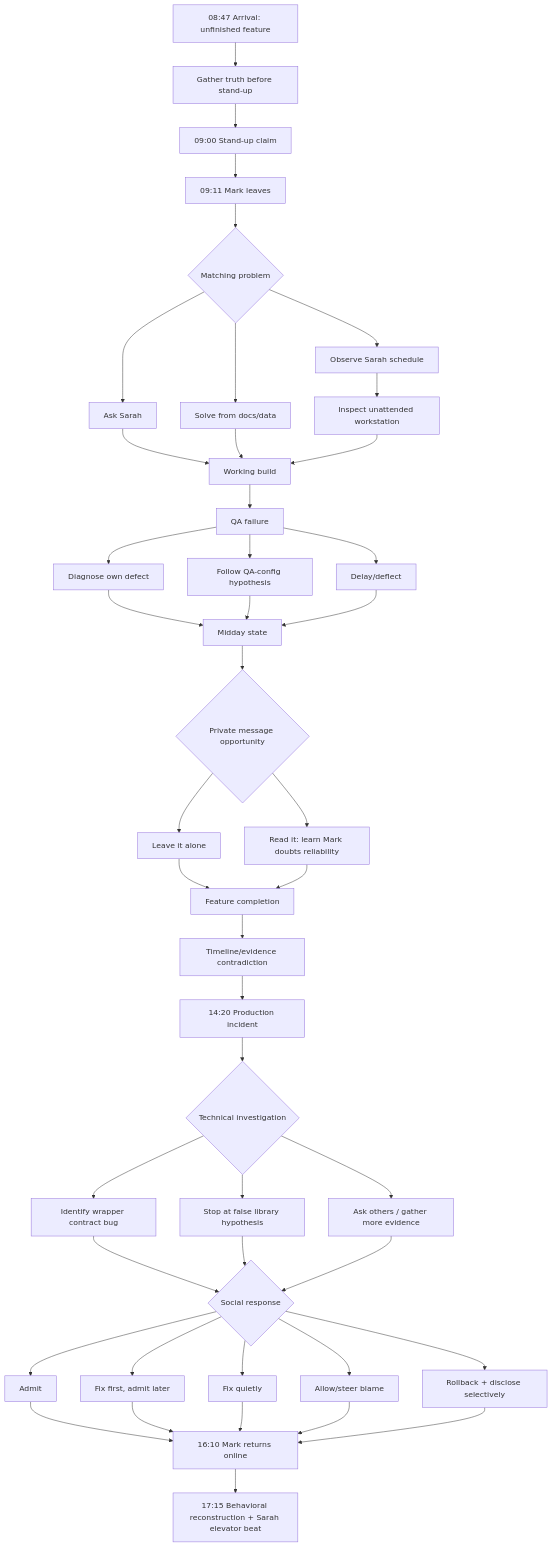
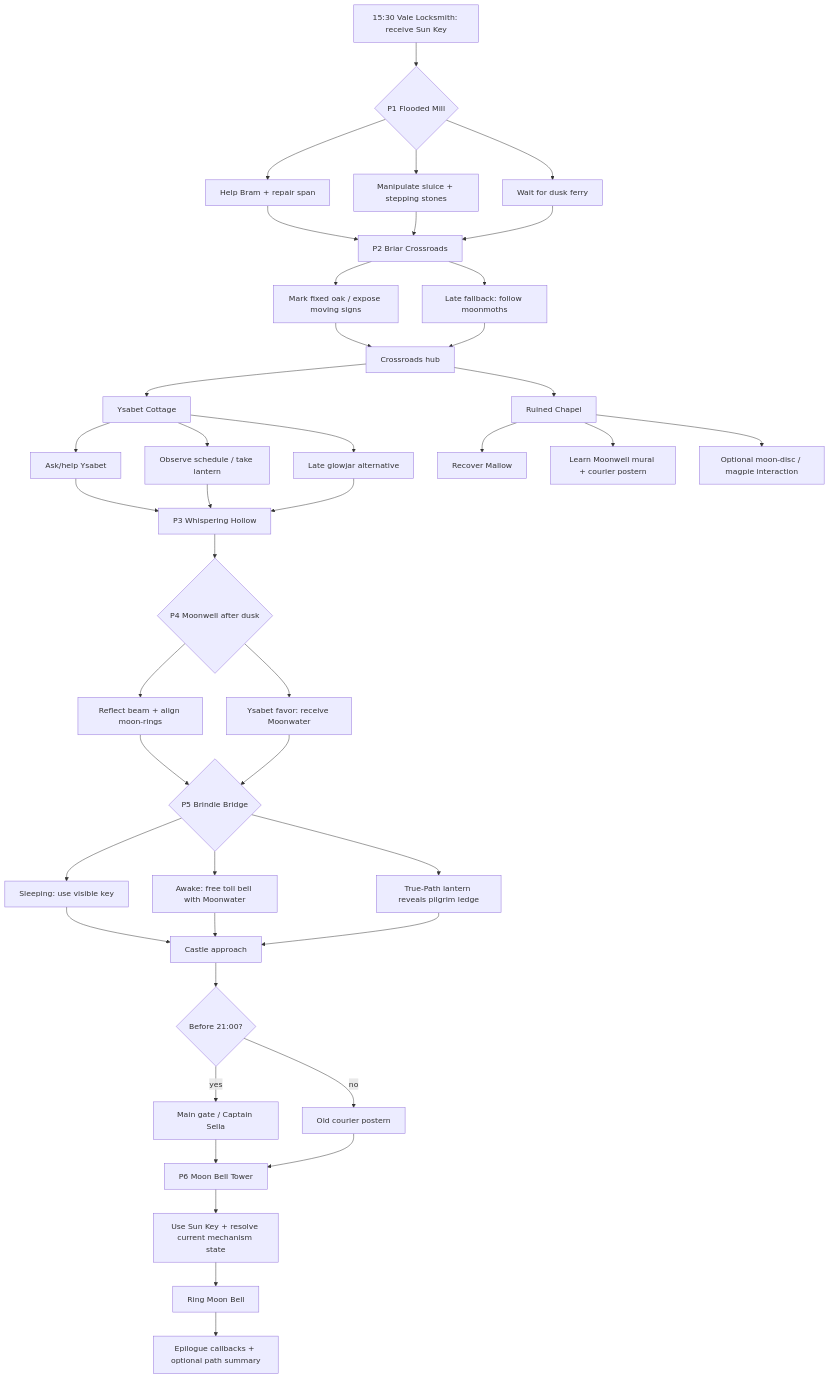
Before and after one commit to paksue/sand_box: the diagram in the-shortcut/docs/PUZZLE_GRAPH.md, drawn with Mermaid. The commit also changed other lines of this file, not shown here.

Commit message:
Replace office puzzle graph with fantasy world graph

````diff
--- a/the-shortcut/docs/PUZZLE_GRAPH.md
+++ b/the-shortcut/docs/PUZZLE_GRAPH.md
@@ -3,46 +3,55 @@
 ```mermaid
 flowchart TD
-    A[08:47 Arrival: unfinished feature] --> B[Gather truth before stand-up]
-    B --> C[09:00 Stand-up claim]
-    C --> D[09:11 Mark leaves]
-    D --> E{Matching problem}
-    E --> E1[Ask Sarah]
-    E --> E2[Solve from docs/data]
-    E --> E3[Observe Sarah schedule]
-    E3 --> E4[Inspect unattended workstation]
-    E1 --> F[Working build]
-    E2 --> F
-    E4 --> F
-    F --> G[QA failure]
-    G --> G1[Diagnose own defect]
-    G --> G2[Follow QA-config hypothesis]
-    G --> G3[Delay/deflect]
-    G1 --> H[Midday state]
-    G2 --> H
-    G3 --> H
-    H --> I{Private message opportunity}
-    I --> I1[Leave it alone]
-    I --> I2[Read it: learn Mark doubts reliability]
-    I1 --> J[Feature completion]
-    I2 --> J
-    J --> K[Timeline/evidence contradiction]
-    K --> L[14:20 Production incident]
-    L --> M{Technical investigation}
-    M --> M1[Identify wrapper contract bug]
-    M --> M2[Stop at false library hypothesis]
-    M --> M3[Ask others / gather more evidence]
-    M1 --> N{Social response}
-    M2 --> N
-    M3 --> N
-    N --> N1[Admit]
-    N --> N2[Fix first, admit later]
-    N --> N3[Fix quietly]
-    N --> N4[Allow/steer blame]
-    N --> N5[Rollback + disclose selectively]
-    N1 --> O[16:10 Mark returns online]
-    N2 --> O
-    N3 --> O
-    N4 --> O
-    N5 --> O
-    O --> P[17:15 Behavioral reconstruction + Sarah elevator beat]
+  A[15:30 Vale Locksmith: receive Sun Key] --> B{P1 Flooded Mill}
+  B --> B1[Help Bram + repair span]
+  B --> B2[Manipulate sluice + stepping stones]
+  B --> B3[Wait for dusk ferry]
+  B1 --> C[P2 Briar Crossroads]
+  B2 --> C
+  B3 --> C
+
+  C --> C1[Mark fixed oak / expose moving signs]
+  C --> C2[Late fallback: follow moonmoths]
+  C1 --> D[Crossroads hub]
+  C2 --> D
+
+  D --> E[Ysabet Cottage]
+  D --> F[Ruined Chapel]
+
+  E --> E1[Ask/help Ysabet]
+  E --> E2[Observe schedule / take lantern]
+  E --> E3[Late glowjar alternative]
+  F --> F1[Recover Mallow]
+  F --> F2[Learn Moonwell mural + courier postern]
+  F --> F3[Optional moon-disc / magpie interaction]
+
+  E1 --> G[P3 Whispering Hollow]
+  E2 --> G
+  E3 --> G
+
+  G --> H{P4 Moonwell after dusk}
+  H --> H1[Reflect beam + align moon-rings]
+  H --> H2[Ysabet favor: receive Moonwater]
+
+  H1 --> I{P5 Brindle Bridge}
+  H2 --> I
+
+  I --> I1[Sleeping: use visible key]
+  I --> I2[Awake: free toll bell with Moonwater]
+  I --> I3[True-Path lantern reveals pilgrim ledge]
+
+  I1 --> J[Castle approach]
+  I2 --> J
+  I3 --> J
+
+  J --> K{Before 21:00?}
+  K -->|yes| K1[Main gate / Captain Sella]
+  K -->|no| K2[Old courier postern]
+
+  K1 --> L[P6 Moon Bell Tower]
+  K2 --> L
+
+  L --> M[Use Sun Key + resolve current mechanism state]
+  M --> N[Ring Moon Bell]
+  N --> O[Epilogue callbacks + optional path summary]
 ```
````
